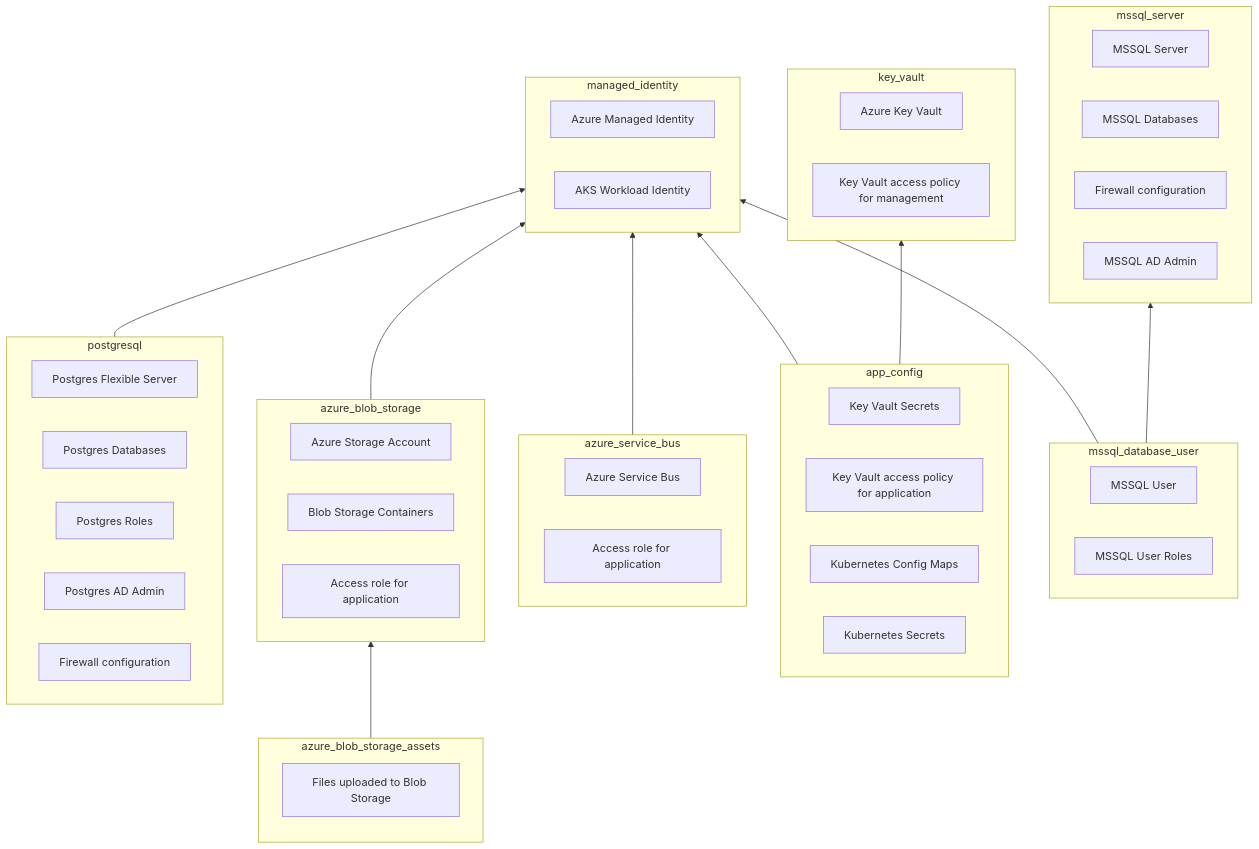
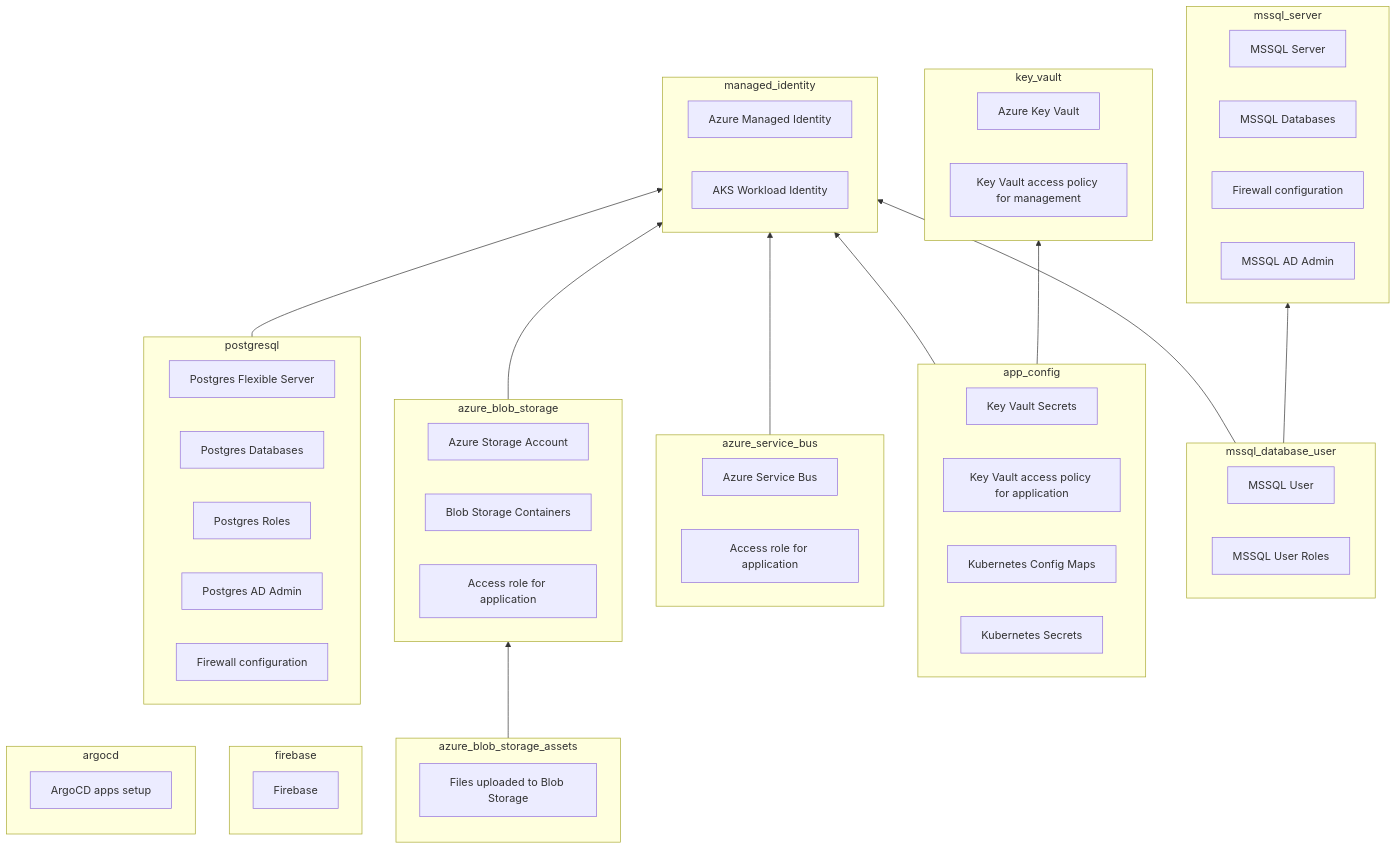
The diagram in readme.md (leancodepl/terraform-common-modules), drawn with Mermaid before and after one commit. The commit also changed other lines of this file and 1 other file, not shown here.

````diff
--- a/readme.md
+++ b/readme.md
@@ -36,72 +37,80 @@
 ```mermaid
 flowchart BT
     subgraph managed_identity
     direction LR
     managed_identity_identity[Azure Managed Identity]
     managed_identity_workload_identity[AKS Workload Identity]
     end
 
     subgraph mssql_server
     direction LR
     mssql_server_server[MSSQL Server]
     mssql_server_database[MSSQL Databases]
     mssql_server_firewall[Firewall configuration]
     mssql_server_admin[MSSQL AD Admin]
     end
 
     subgraph mssql_database_user
     direction LR
     mssql_database_user_user[MSSQL User]
     mssql_database_user_role[MSSQL User Roles]
     end
 
     subgraph app_config
     direction LR
     key_vault_secrets[Key Vault Secrets]
     access_policy[Key Vault access policy for application]
     configmaps[Kubernetes Config Maps]
     secrets[Kubernetes Secrets]
     end
 
     subgraph key_vault
     direction LR
     key_vault_vault[Azure Key Vault]
     key_vault_deploy_policy[Key Vault access policy for management]
     end
 
     subgraph azure_service_bus
     direction LR
     azure_service_bus_namespace[Azure Service Bus]
     azure_service_bus_access[Access role for application]
     end
 
     subgraph azure_blob_storage
     direction LR
     azure_blob_storage_account[Azure Storage Account]
     azure_blob_storage_container[Blob Storage Containers]
     azure_blob_storage_access[Access role for application]
     end
 
     subgraph azure_blob_storage_assets
     storage_assets[Files uploaded to Blob Storage]
     end
 
     subgraph postgresql
     direction LR
     postgresql_server[Postgres Flexible Server]
     postgresql_database[Postgres Databases]
     postgresql_roles[Postgres Roles]
     postgresql_admin[Postgres AD Admin]
     postgresql_firewall[Firewall configuration]
     end
 
+    subgraph firebase
+    firebase_app[Firebase]
+    end
+
+    subgraph argocd
+    argocd_config[ArgoCD apps setup]
+    end
+
     mssql_database_user --> managed_identity
     app_config --> managed_identity
     mssql_database_user --> mssql_server
     app_config --> key_vault
 
     azure_blob_storage --> managed_identity
     azure_blob_storage_assets --> azure_blob_storage
     azure_service_bus --> managed_identity
     postgresql --> managed_identity
 ```
````
